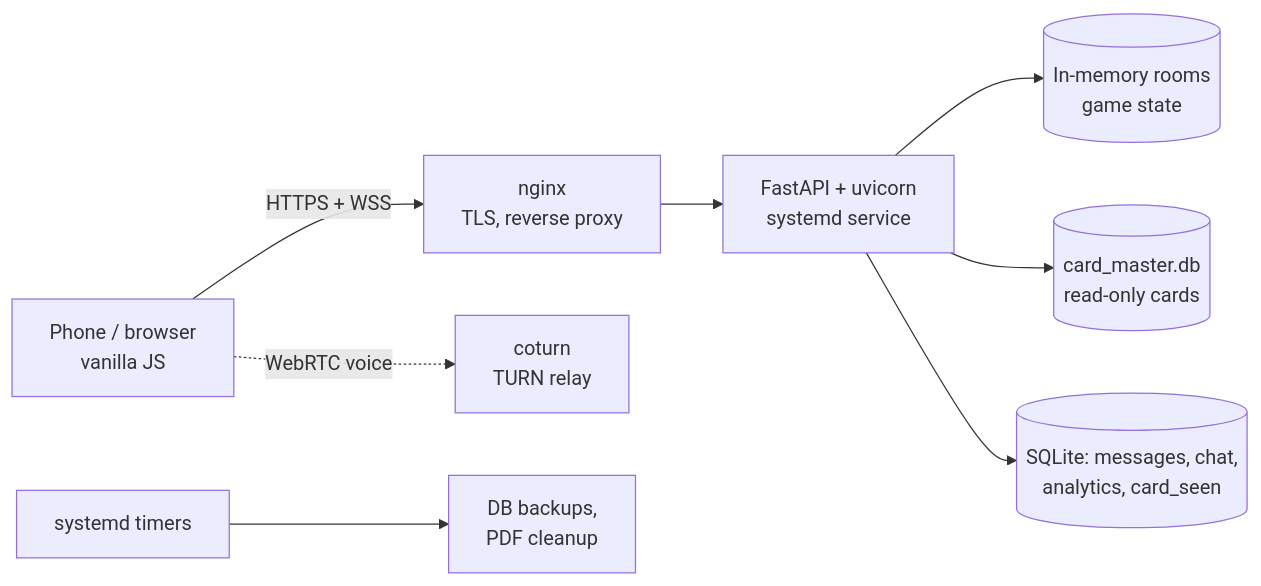
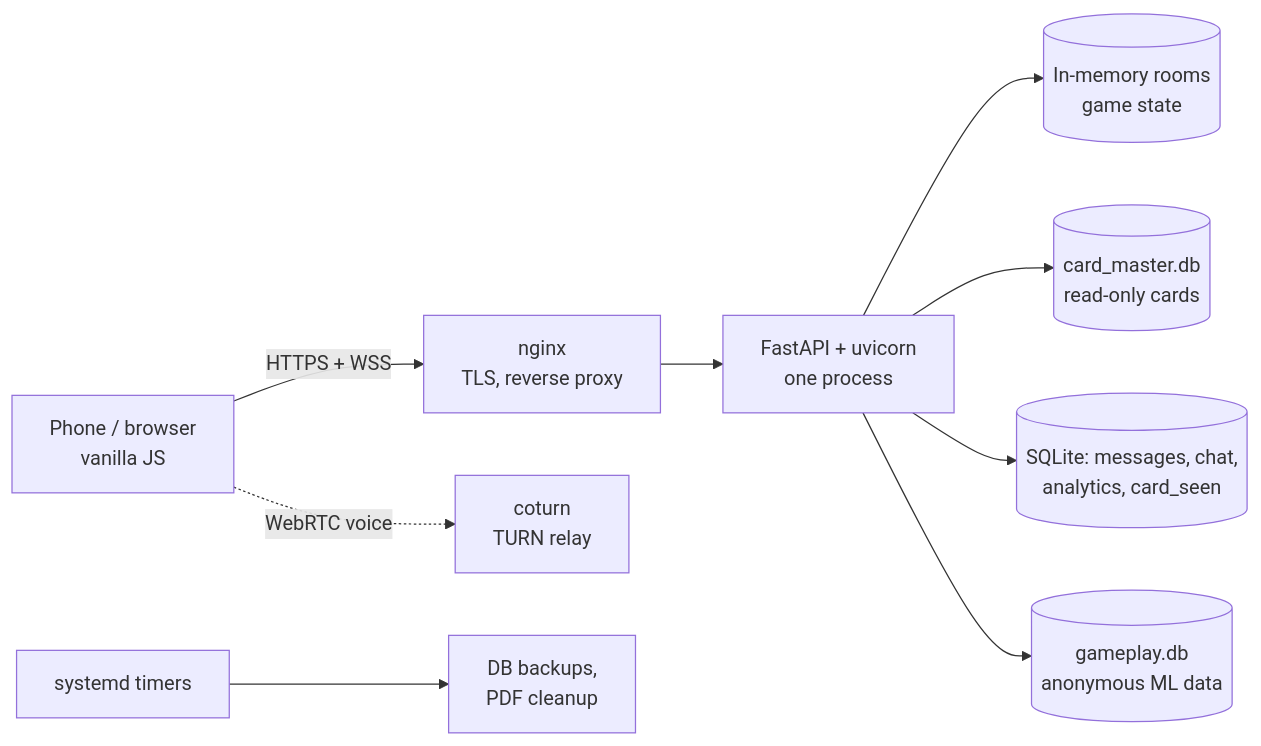
Before and after one commit to csipapicsa/emberisegelleneskartyak: the first of 2 diagrams in README.md, drawn with Mermaid. The commit also changed other lines of this file and 21 other files, not shown here.

First line of the commit message:
docs: reorganize docs/, add architecture doc, engineering decisions, SECURITY.md

````diff
--- a/README.md
+++ b/README.md
@@ -27,10 +29,11 @@
 ```mermaid
 flowchart LR
     B[Phone / browser<br>vanilla JS] -- HTTPS + WSS --> N[nginx<br>TLS, reverse proxy]
     B -. WebRTC voice .-> T[coturn<br>TURN relay]
-    N --> A[FastAPI + uvicorn<br>systemd service]
+    N --> A[FastAPI + uvicorn<br>one process]
     A --> R[(In-memory rooms<br>game state)]
     A --> C[(card_master.db<br>read-only cards)]
     A --> M[(SQLite: messages, chat,<br>analytics, card_seen)]
+    A --> G[(gameplay.db<br>anonymous ML data)]
     S[systemd timers] --> BK[DB backups,<br>PDF cleanup]
 ```
````
